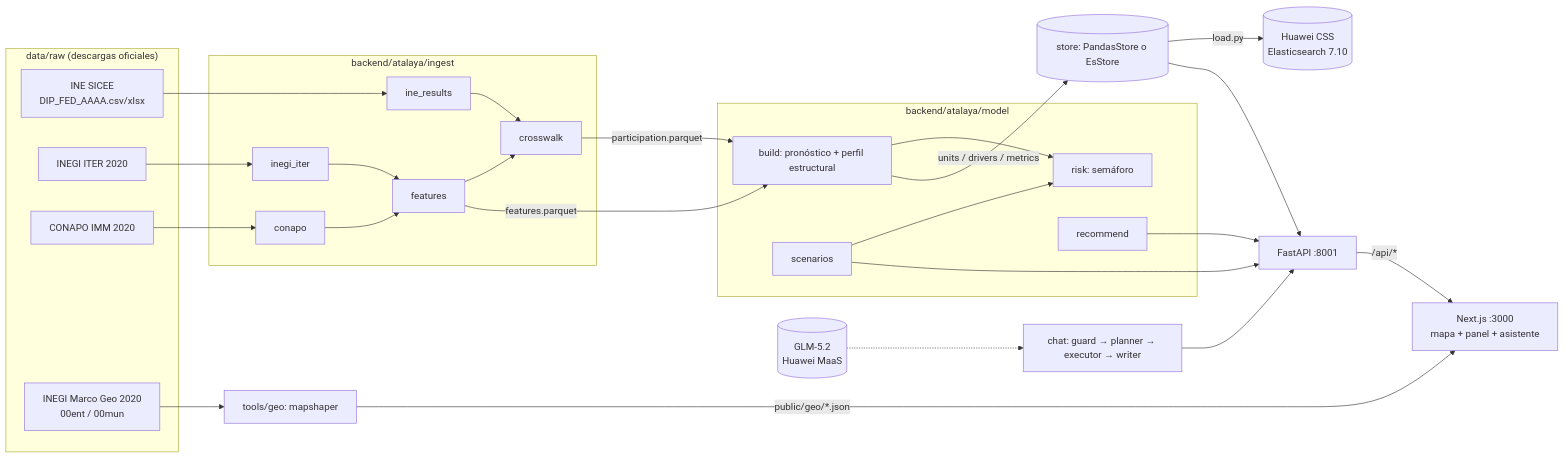
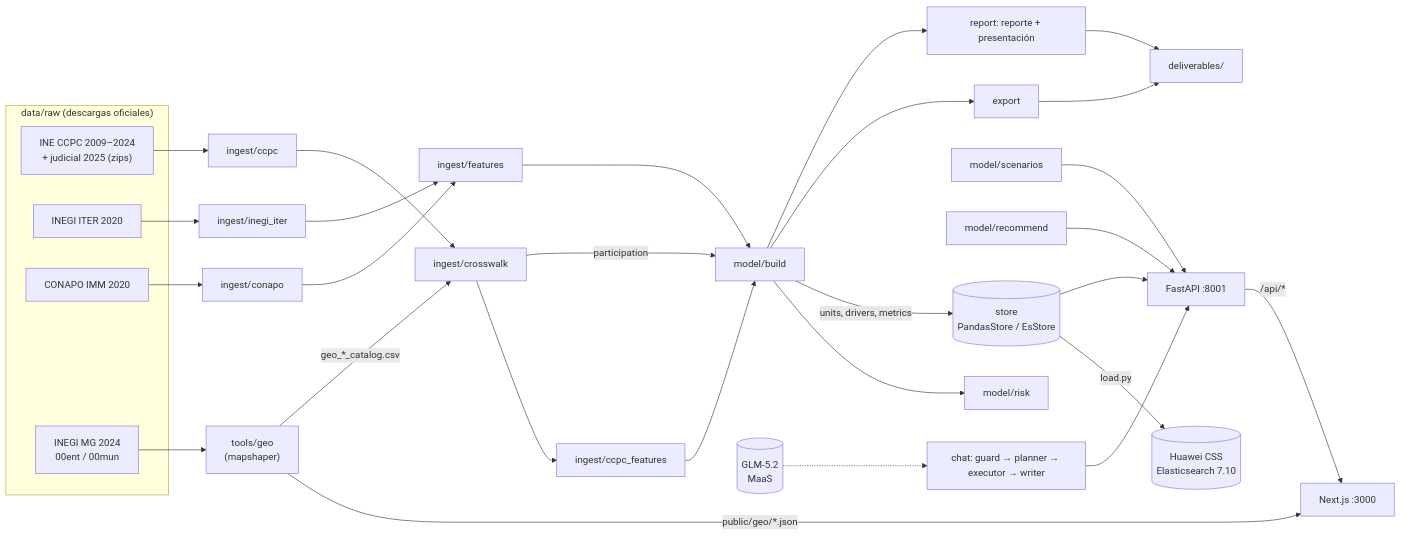
Before and after one commit to MrAres259/INE-Hackathon-OXENT: the diagram in explanation.md, drawn with Mermaid. The commit also changed other lines of this file and 40 other files, not shown here.

First line of the commit message:
Wave 4: calibrated national level, structural vulnerability in the traffic light, expected-abstention prioritization, small-cell privacy suppression, CCPC-aware frontend, methodological report and executive deck generators, README, updated explanation.md

````diff
--- a/explanation.md
+++ b/explanation.md
@@ -30,34 +30,30 @@
 ```mermaid
 flowchart LR
   subgraph RAW["data/raw (descargas oficiales)"]
-    INE["INE SICEE<br/>DIP_FED_AAAA.csv/xlsx"]
+    CCPC["INE CCPC 2009–2024<br/>+ judicial 2025 (zips)"]
     ITER["INEGI ITER 2020"]
     IMM["CONAPO IMM 2020"]
-    SHP["INEGI Marco Geo 2020<br/>00ent / 00mun"]
+    SHP["INEGI MG 2024<br/>00ent / 00mun"]
   end
-  subgraph ING["backend/atalaya/ingest"]
-    R[ine_results] --> CW[crosswalk]
-    I[inegi_iter] --> F[features]
-    C[conapo] --> F
-    F --> CW
-  end
-  subgraph MOD["backend/atalaya/model"]
-    B[build: pronóstico + perfil estructural] --> RK[risk: semáforo]
-    SC[scenarios] --> RK
-    RC[recommend]
-  end
-  INE --> R
-  ITER --> I
-  IMM --> C
-  CW -->|participation.parquet| B
-  F -->|features.parquet| B
-  B -->|units / drivers / metrics| ST[(store: PandasStore o EsStore)]
+  SHP --> GEO["tools/geo<br/>(mapshaper)"]
+  GEO -->|public/geo/*.json| WEB
+  GEO -->|geo_*_catalog.csv| CW
+  CCPC --> CC[ingest/ccpc] --> CW[ingest/crosswalk]
+  ITER --> IT[ingest/inegi_iter] --> FE[ingest/features]
+  IMM --> CO[ingest/conapo] --> FE
+  CW --> CF[ingest/ccpc_features]
+  CW -->|participation| MB
+  FE --> MB[model/build]
+  CF --> MB
+  MB --> RK[model/risk] 
+  MB -->|units, drivers, metrics| ST[(store<br/>PandasStore / EsStore)]
   ST -->|load.py| CSS[(Huawei CSS<br/>Elasticsearch 7.10)]
   ST --> API[FastAPI :8001]
-  SC --> API
-  RC --> API
+  SC[model/scenarios] --> API
+  RC[model/recommend] --> API
   CHAT[chat: guard → planner → executor → writer] --> API
-  LLM[(GLM-5.2<br/>Huawei MaaS)] -.-> CHAT
-  SHP --> GEO[tools/geo: mapshaper] -->|public/geo/*.json| WEB
-  API -->|/api/*| WEB[Next.js :3000<br/>mapa + panel + asistente]
+  LLM[(GLM-5.2<br/>MaaS)] -.-> CHAT
+  API -->|/api/*| WEB[Next.js :3000]
+  MB --> EX[export] --> DEL[deliverables/]
+  MB --> REP[report: reporte + presentación] --> DEL
 ```
````
